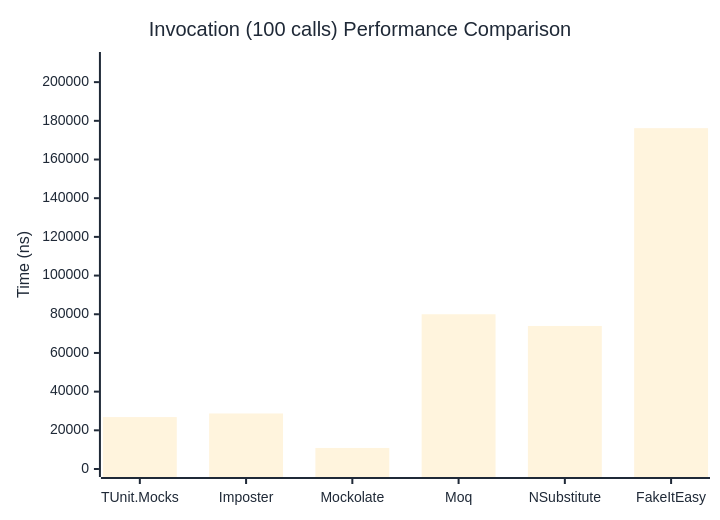
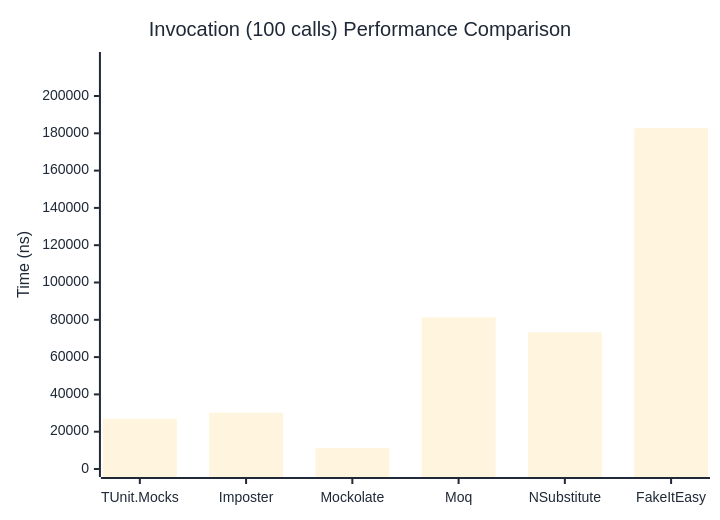
The third of 3 diagrams in docs/docs/benchmarks/mocks/Invocation.md (thomhurst/TUnit), drawn with Mermaid before and after one commit. The commit also changed other lines of this file and 14 other files, not shown here.

````diff
--- a/docs/docs/benchmarks/mocks/Invocation.md
+++ b/docs/docs/benchmarks/mocks/Invocation.md
@@ -112,27 +112,27 @@
 ```mermaid
 %%{init: {
   'theme':'base',
   'themeVariables': {
     'primaryColor': '#2563eb',
     'primaryTextColor': '#1f2937',
     'primaryBorderColor': '#1e40af',
     'lineColor': '#6b7280',
     'secondaryColor': '#7c3aed',
     'tertiaryColor': '#dc2626',
     'background': '#ffffff',
     'pie1': '#2563eb',
     'pie2': '#7c3aed',
     'pie3': '#dc2626',
     'pie4': '#f59e0b',
     'pie5': '#10b981',
     'pie6': '#06b6d4',
     'pie7': '#ec4899',
     'pie8': '#6366f1'
   }
 }}%%
 xychart-beta
   title "Invocation (100 calls) Performance Comparison"
   x-axis ["TUnit.Mocks", "Imposter", "Mockolate", "Moq", "NSubstitute", "FakeItEasy"]
-  y-axis "Time (ns)" 0 --> 211445
-  bar [26846.27, 28708.89, 10877.33, 79999.34, 73949.38, 176203.34]
+  y-axis "Time (ns)" 0 --> 219305
+  bar [26913.74, 30223.59, 11175.6, 81316.89, 73288.45, 182753.41]
 ```
````
